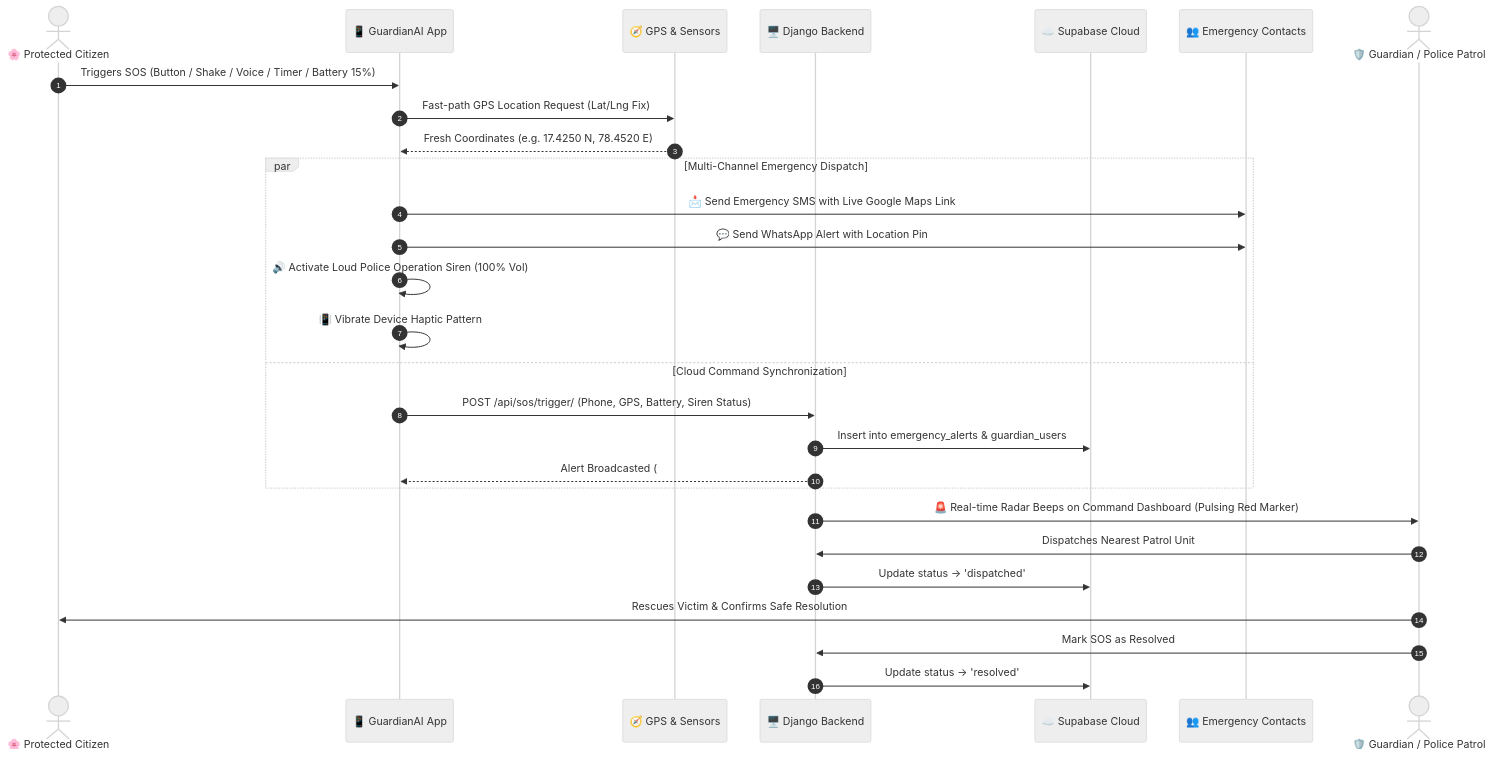
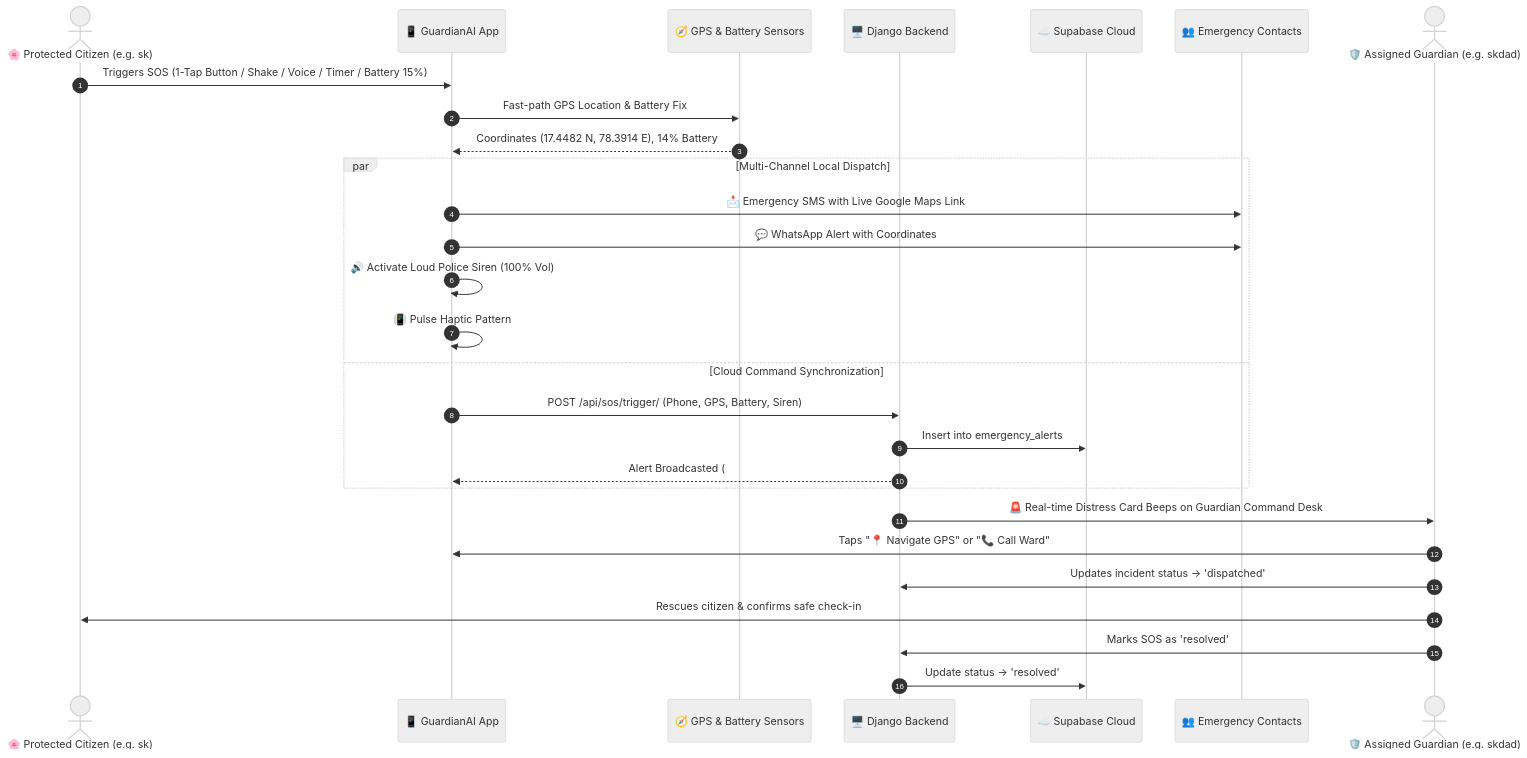
The third of 3 diagrams in README.md (satyakiran29/GuardianAI), drawn with Mermaid (neutral theme) before and after one commit. The commit also changed other lines of this file, not shown here.

````diff
--- a/README.md
+++ b/README.md
@@ -154,33 +162,33 @@
 ```mermaid
 sequenceDiagram
     autonumber
-    actor Victim as 🌸 Protected Citizen
+    actor Victim as 🌸 Protected Citizen (e.g. sk)
     participant App as 📱 GuardianAI App
-    participant Sensors as 🧭 GPS & Sensors
+    participant Sensors as 🧭 GPS & Battery Sensors
     participant Backend as 🖥️ Django Backend
     participant Supabase as ☁️ Supabase Cloud
     participant Contacts as 👥 Emergency Contacts
-    actor Guardian as 🛡️ Guardian / Police Patrol
+    actor Guardian as 🛡️ Assigned Guardian (e.g. skdad)
 
-    Victim->>App: Triggers SOS (Button / Shake / Voice / Timer / Battery 15%)
-    App->>Sensors: Fast-path GPS Location Request (Lat/Lng Fix)
-    Sensors-->>App: Fresh Coordinates (e.g. 17.4250 N, 78.4520 E)
+    Victim->>App: Triggers SOS (1-Tap Button / Shake / Voice / Timer / Battery 15%)
+    App->>Sensors: Fast-path GPS Location & Battery Fix
+    Sensors-->>App: Coordinates (17.4482 N, 78.3914 E), 14% Battery
     
-    par Multi-Channel Emergency Dispatch
-        App->>Contacts: 📩 Send Emergency SMS with Live Google Maps Link
-        App->>Contacts: 💬 Send WhatsApp Alert with Location Pin
-        App->>App: 🔊 Activate Loud Police Operation Siren (100% Vol)
-        App->>App: 📳 Vibrate Device Haptic Pattern
+    par Multi-Channel Local Dispatch
+        App->>Contacts: 📩 Emergency SMS with Live Google Maps Link
+        App->>Contacts: 💬 WhatsApp Alert with Coordinates
+        App->>App: 🔊 Activate Loud Police Siren (100% Vol)
+        App->>App: 📳 Pulse Haptic Pattern
     and Cloud Command Synchronization
-        App->>Backend: POST /api/sos/trigger/ (Phone, GPS, Battery, Siren Status)
-        Backend->>Supabase: Insert into emergency_alerts & guardian_users
+        App->>Backend: POST /api/sos/trigger/ (Phone, GPS, Battery, Siren)
+        Backend->>Supabase: Insert into emergency_alerts
         Backend-->>App: Alert Broadcasted (#SOS ID)
     end
 
-    Backend->>Guardian: 🚨 Real-time Radar Beeps on Command Dashboard (Pulsing Red Marker)
-    Guardian->>Backend: Dispatches Nearest Patrol Unit
-    Backend->>Supabase: Update status -> 'dispatched'
-    Guardian->>Victim: Rescues Victim & Confirms Safe Resolution
-    Guardian->>Backend: Mark SOS as Resolved
+    Backend->>Guardian: 🚨 Real-time Distress Card Beeps on Guardian Command Desk
+    Guardian->>App: Taps "📍 Navigate GPS" or "📞 Call Ward"
+    Guardian->>Backend: Updates incident status -> 'dispatched'
+    Guardian->>Victim: Rescues citizen & confirms safe check-in
+    Guardian->>Backend: Marks SOS as 'resolved'
     Backend->>Supabase: Update status -> 'resolved'
 ```
````
